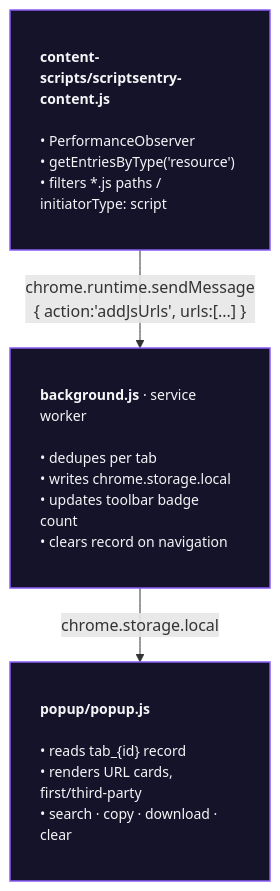
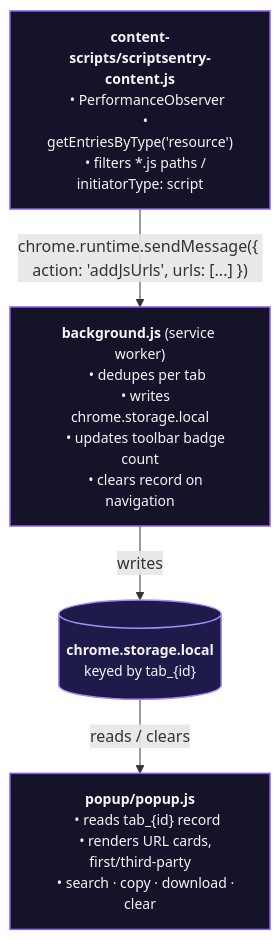
The diagram in README.md (youwannahackme/ScriptSentry), drawn with Mermaid before and after one commit.

````diff
--- a/README.md
+++ b/README.md
@@ -27,12 +27,34 @@
 ```mermaid
 flowchart TD
-    CS["<b>content-scripts/scriptsentry-content.js</b><br/><br/>• PerformanceObserver<br/>• getEntriesByType('resource')<br/>• filters *.js paths / initiatorType: script"]
-    BG["<b>background.js</b> · service worker<br/><br/>• dedupes per tab<br/>• writes chrome.storage.local<br/>• updates toolbar badge count<br/>• clears record on navigation"]
-    PU["<b>popup/popup.js</b><br/><br/>• reads tab_{id} record<br/>• renders URL cards, first/third-party<br/>• search · copy · download · clear"]
+    CS["`**content-scripts/scriptsentry-content.js**
+    
+    • PerformanceObserver
+    • getEntriesByType('resource')
+    • filters *.js paths / initiatorType: script`"]
 
-    CS -->|"chrome.runtime.sendMessage<br/>{ action:'addJsUrls', urls:[...] }"| BG
-    BG -->|"chrome.storage.local"| PU
+    BG["`**background.js** (service worker)
+    
+    • dedupes per tab
+    • writes chrome.storage.local
+    • updates toolbar badge count
+    • clears record on navigation`"]
 
-    classDef box fill:#15132a,stroke:#8b5cf6,stroke-width:1.5px,color:#f5f5f7,font-size:14px,padding:12px,text-align:left;
+    DB[("`**chrome.storage.local**
+    
+    keyed by tab_{id}`")]
+
+    PU["`**popup/popup.js**
+    
+    • reads tab_{id} record
+    • renders URL cards, first/third-party
+    • search · copy · download · clear`"]
+
+    CS -->|"`chrome.runtime.sendMessage({ action: 'addJsUrls', urls: [...] })`"| BG
+    BG -->|writes| DB
+    DB -->|reads / clears| PU
+
+    classDef box fill:#15132a,stroke:#8b5cf6,stroke-width:1.5px,color:#f5f5f7,font-size:14px;
+    classDef storage fill:#1e1b4b,stroke:#a78bfa,stroke-width:1.5px,color:#f5f5f7,font-size:14px;
     class CS,BG,PU box;
+    class DB storage;
 ```
````
